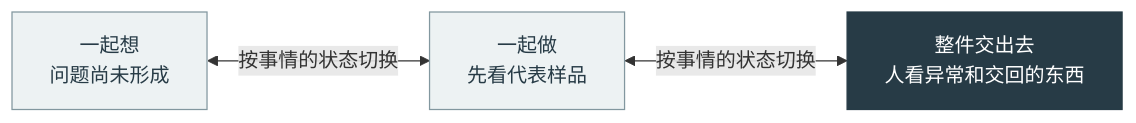
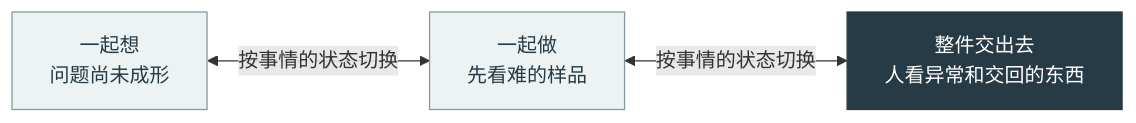
One commit to HengYangDS/rethinking-work changed the diagram in diagrams/collaboration.mmd. Above: the diagram before and after it, drawn with Mermaid. The commit also changed 13 other files, not shown here.

```diff
--- a/diagrams/collaboration.mmd
+++ b/diagrams/collaboration.mmd
@@ -1,7 +1,7 @@
 flowchart LR
-  A["一起想<br/>问题尚未形成"] <-->|"按事情的状态切换"| B["一起做<br/>先看代表样品"]
+  A["一起想<br/>问题尚未成形"] <-->|"按事情的状态切换"| B["一起做<br/>先看难的样品"]
   B <-->|"按事情的状态切换"| C["整件交出去<br/>人看异常和交回的东西"]
   classDef current fill:#edf2f3,stroke:#82979f,color:#273b46,stroke-width:1px;
   classDef focus fill:#273b46,stroke:#273b46,color:#ffffff,stroke-width:1px;
   class A,B current;
   class C focus;
```
